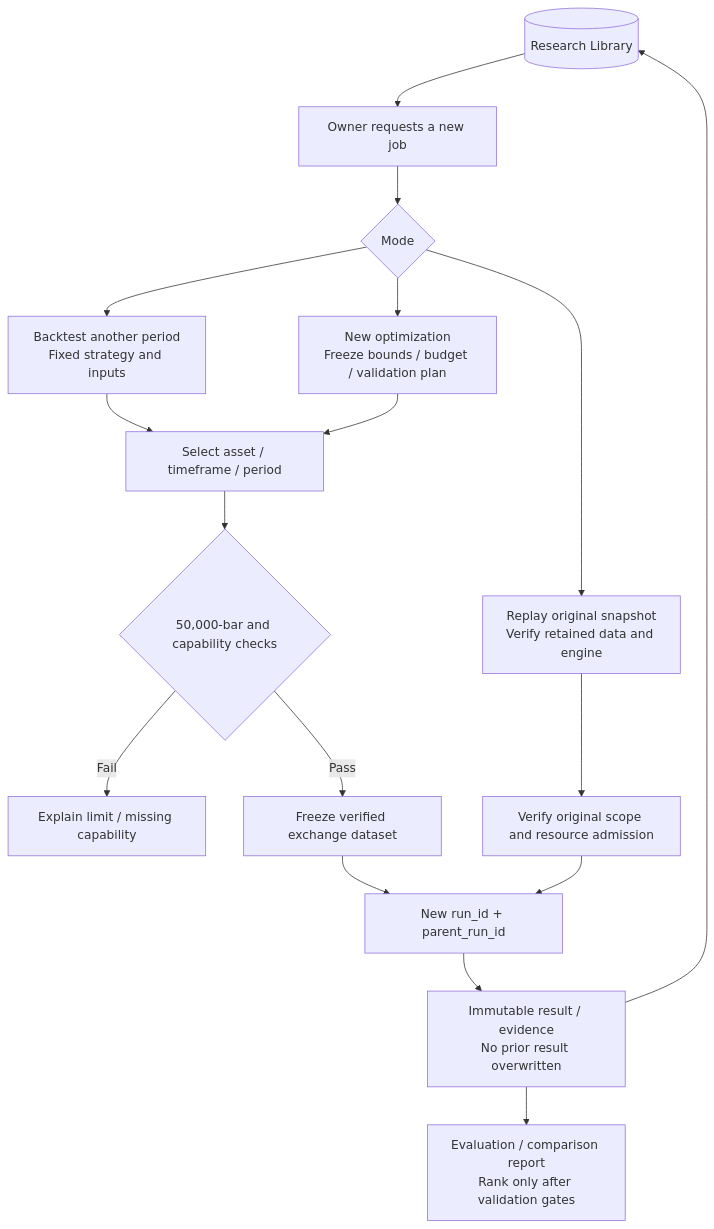
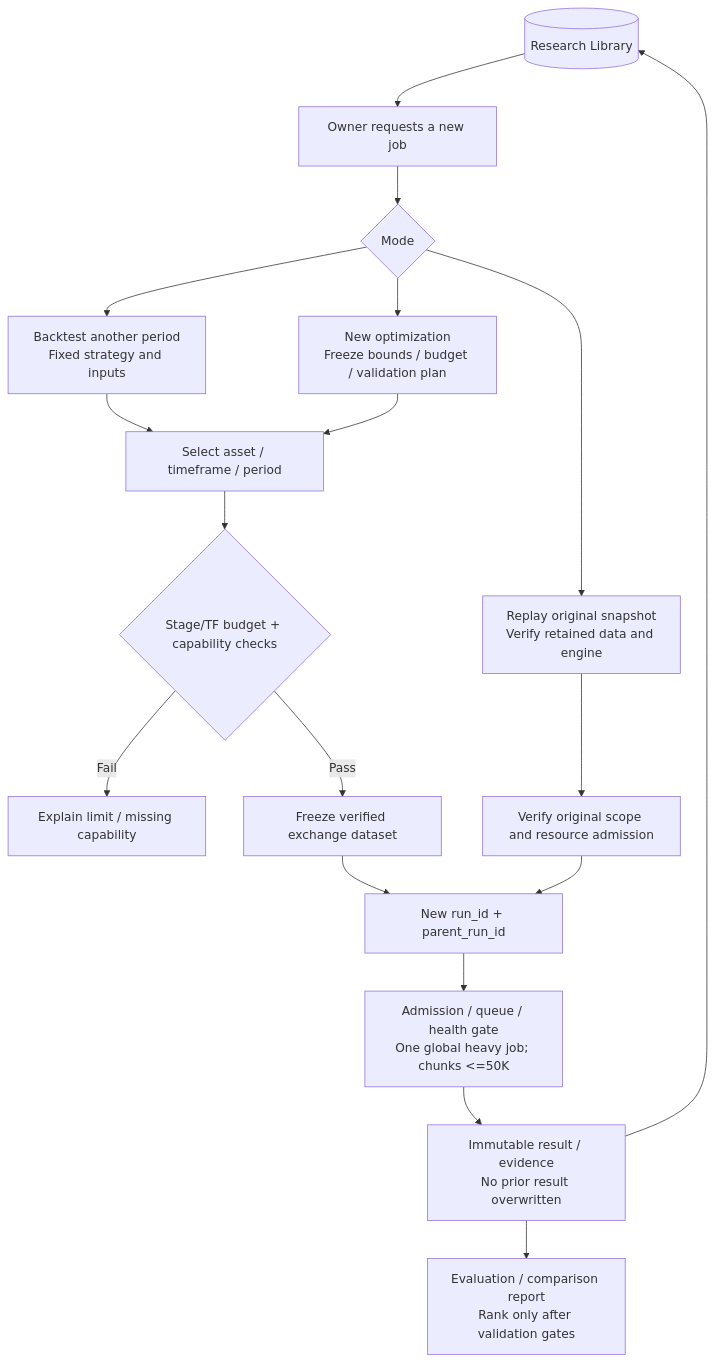
One commit to sanchatmd-dev/trading-bot changed the fourth of 4 diagrams in docs/ROADMAP.md. Above: the diagram before and after it, drawn with Mermaid. The commit also changed other lines of this file and 11 other files, not shown here.

````diff
--- a/docs/ROADMAP.md
+++ b/docs/ROADMAP.md
@@ -326,19 +404,20 @@
 ```mermaid
 flowchart TD
     LIB[("Research Library")] --> OWNER["Owner requests a new job"]
     OWNER --> MODE{"Mode"}
     MODE --> REPLAY["Replay original snapshot<br/>Verify retained data and engine"]
     MODE --> BACK["Backtest another period<br/>Fixed strategy and inputs"]
     MODE --> NEW["New optimization<br/>Freeze bounds / budget / validation plan"]
     BACK --> SELECT["Select asset / timeframe / period"]
     NEW --> SELECT
-    SELECT --> GATE{"50,000-bar and capability checks"}
+    SELECT --> GATE{"Stage/TF budget + capability checks"}
     GATE -->|Fail| WHY["Explain limit / missing capability"]
     GATE -->|Pass| DATA["Freeze verified exchange dataset"]
     DATA --> RUN["New run_id + parent_run_id"]
     REPLAY --> CHECK["Verify original scope and resource admission"]
     CHECK --> RUN
-    RUN --> RESULT["Immutable result / evidence<br/>No prior result overwritten"]
+    RUN --> QUEUE["Admission / queue / health gate<br/>One global heavy job; chunks <=50K"]
+    QUEUE --> RESULT["Immutable result / evidence<br/>No prior result overwritten"]
     RESULT --> LIB
     RESULT --> REPORT["Evaluation / comparison report<br/>Rank only after validation gates"]
 ```
````
